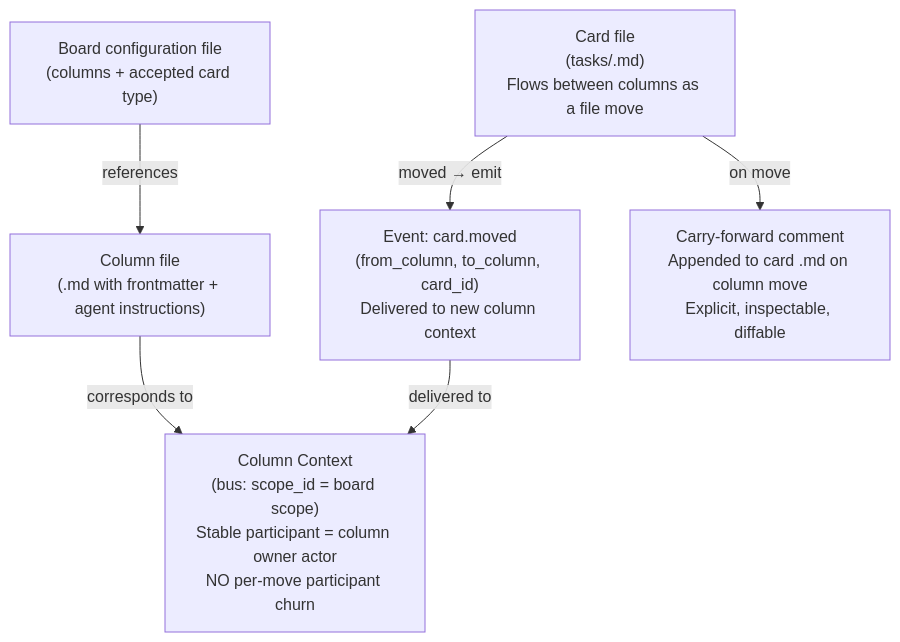
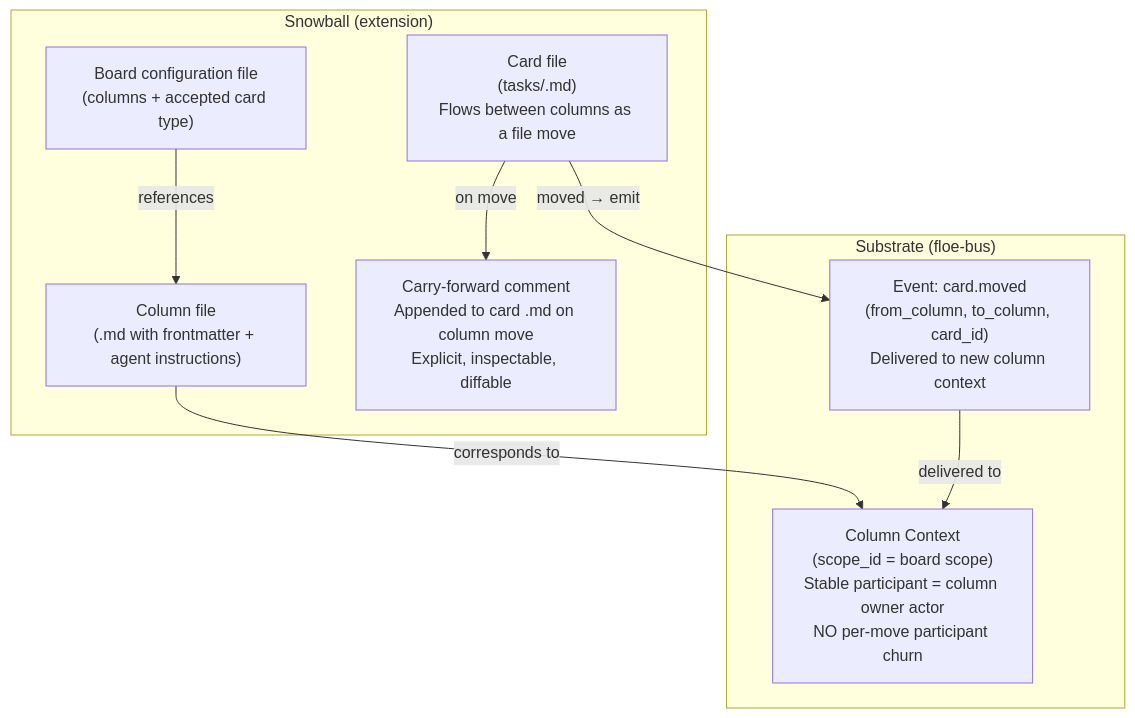
One commit to floe-ai/floe-subtrate changed diagram 11 of 12 in docs/architecture/overview.md. Above: the diagram before and after it, drawn with Mermaid. The commit also changed other lines of this file, not shown here.

First line of the commit message:
docs(arch): sharpen domain boundaries per revision-1

````diff
--- a/docs/architecture/overview.md
+++ b/docs/architecture/overview.md
@@ -359,15 +475,20 @@
 ```mermaid
 graph TD
-    BOARD_CFG["Board configuration file\n(columns + accepted card type)"]
-    COL_FILE["Column file\n(.md with frontmatter + agent instructions)"]
-    COL_CTX["Column Context\n(bus: scope_id = board scope)\nStable participant = column owner actor\nNO per-move participant churn"]
-    CARD_FILE["Card file\n(tasks/<id>.md)\nFlows between columns as a file move"]
-    MOVE_EV["Event: card.moved\n(from_column, to_column, card_id)\nDelivered to new column context"]
-    CARRY["Carry-forward comment\nAppended to card .md on column move\nExplicit, inspectable, diffable"]
+    subgraph SB["Snowball (extension)"]
+        BOARD_CFG["Board configuration file\n(columns + accepted card type)"]
+        COL_FILE["Column file\n(.md with frontmatter + agent instructions)"]
+        CARD_FILE["Card file\n(tasks/<id>.md)\nFlows between columns as a file move"]
+        CARRY["Carry-forward comment\nAppended to card .md on column move\nExplicit, inspectable, diffable"]
+    end
+
+    subgraph SUB["Substrate (floe-bus)"]
+        COL_CTX["Column Context\n(scope_id = board scope)\nStable participant = column owner actor\nNO per-move participant churn"]
+        MOVE_EV["Event: card.moved\n(from_column, to_column, card_id)\nDelivered to new column context"]
+    end
 
     BOARD_CFG -->|"references"| COL_FILE
     COL_FILE -->|"corresponds to"| COL_CTX
     CARD_FILE -->|"moved → emit"| MOVE_EV
     MOVE_EV -->|"delivered to"| COL_CTX
     CARD_FILE -->|"on move"| CARRY
 ```
````
